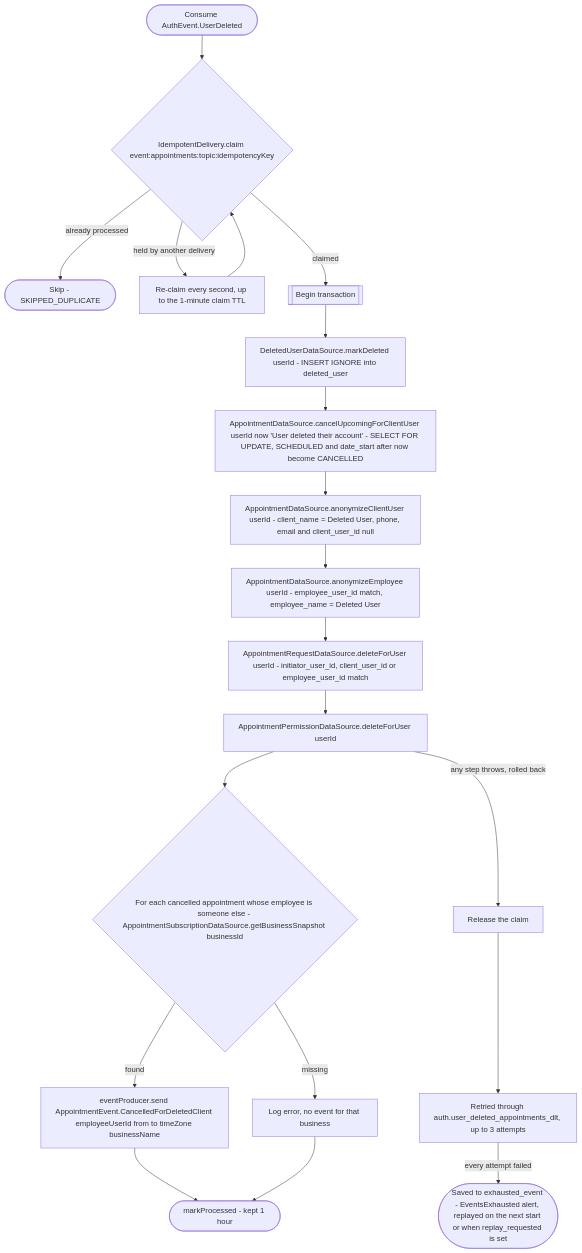
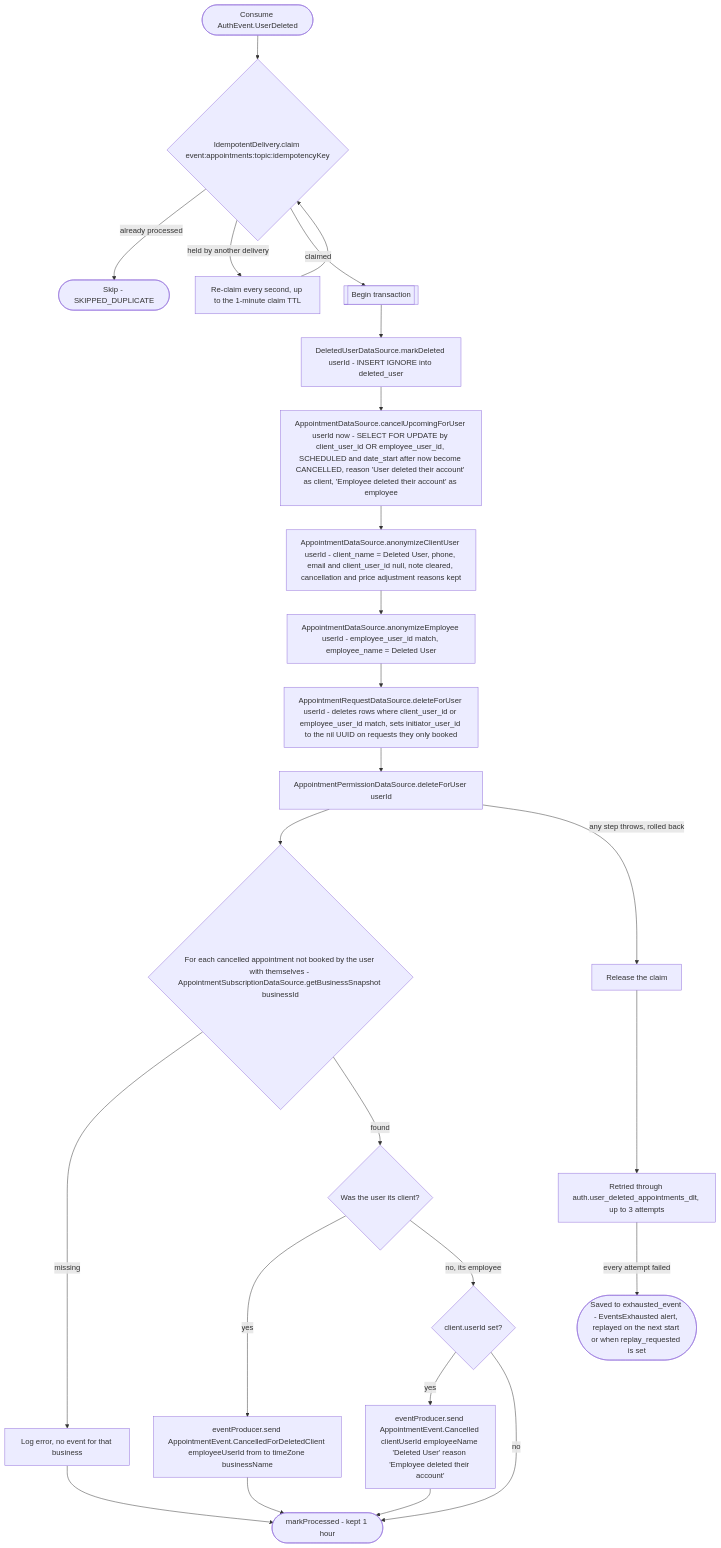
The diagram in docs/operations/appointments/on-user-deleted.md (nocturneproperties/bookkme), drawn with Mermaid before and after one commit. The commit also changed other lines of this file and 164 other files, not shown here.

````diff
--- a/docs/operations/appointments/on-user-deleted.md
+++ b/docs/operations/appointments/on-user-deleted.md
@@ -35,20 +45,25 @@
 ```mermaid
 flowchart TD
     Start([Consume AuthEvent.UserDeleted]) --> Claim{"IdempotentDelivery.claim event:appointments:topic:idempotencyKey"}
     Claim -- already processed --> Skip([Skip - SKIPPED_DUPLICATE])
     Claim -- held by another delivery --> Wait[Re-claim every second, up to the 1-minute claim TTL] --> Claim
     Claim -- claimed --> Tx[[Begin transaction]]
     Tx --> Mark["DeletedUserDataSource.markDeleted userId - INSERT IGNORE into deleted_user"]
-    Mark --> Cancel["AppointmentDataSource.cancelUpcomingForClientUser userId now 'User deleted their account' - SELECT FOR UPDATE, SCHEDULED and date_start after now become CANCELLED"]
-    Cancel --> AnonClient["AppointmentDataSource.anonymizeClientUser userId - client_name = Deleted User, phone, email and client_user_id null"]
+    Mark --> Cancel["AppointmentDataSource.cancelUpcomingForUser userId now - SELECT FOR UPDATE by client_user_id OR employee_user_id, SCHEDULED and date_start after now become CANCELLED, reason 'User deleted their account' as client, 'Employee deleted their account' as employee"]
+    Cancel --> AnonClient["AppointmentDataSource.anonymizeClientUser userId - client_name = Deleted User, phone, email and client_user_id null, note cleared, cancellation and price adjustment reasons kept"]
     AnonClient --> AnonEmployee["AppointmentDataSource.anonymizeEmployee userId - employee_user_id match, employee_name = Deleted User"]
-    AnonEmployee --> DelReq["AppointmentRequestDataSource.deleteForUser userId - initiator_user_id, client_user_id or employee_user_id match"]
+    AnonEmployee --> DelReq["AppointmentRequestDataSource.deleteForUser userId - deletes rows where client_user_id or employee_user_id match, sets initiator_user_id to the nil UUID on requests they only booked"]
     DelReq --> DelPerm[AppointmentPermissionDataSource.deleteForUser userId]
-    DelPerm --> Each{"For each cancelled appointment whose employee is someone else - AppointmentSubscriptionDataSource.getBusinessSnapshot businessId"}
-    Each -- found --> Send["eventProducer.send AppointmentEvent.CancelledForDeletedClient employeeUserId from to timeZone businessName"]
+    DelPerm --> Each{"For each cancelled appointment not booked by the user with themselves - AppointmentSubscriptionDataSource.getBusinessSnapshot businessId"}
     Each -- missing --> Log[Log error, no event for that business]
+    Each -- found --> Role{Was the user its client?}
+    Role -- yes --> Send["eventProducer.send AppointmentEvent.CancelledForDeletedClient employeeUserId from to timeZone businessName"]
+    Role -- "no, its employee" --> HasAccount{client.userId set?}
+    HasAccount -- yes --> SendClient["eventProducer.send AppointmentEvent.Cancelled clientUserId employeeName 'Deleted User' reason 'Employee deleted their account'"]
+    HasAccount -- no --> Processed
     Send --> Processed([markProcessed - kept 1 hour])
+    SendClient --> Processed
     Log --> Processed
     DelPerm -- any step throws, rolled back --> Release[Release the claim] --> Dlt["Retried through auth.user_deleted_appointments_dlt, up to 3 attempts"]
     Dlt -- every attempt failed --> Parked(["Saved to exhausted_event - EventsExhausted alert, replayed on the next start or when replay_requested is set"])
 ```
````
